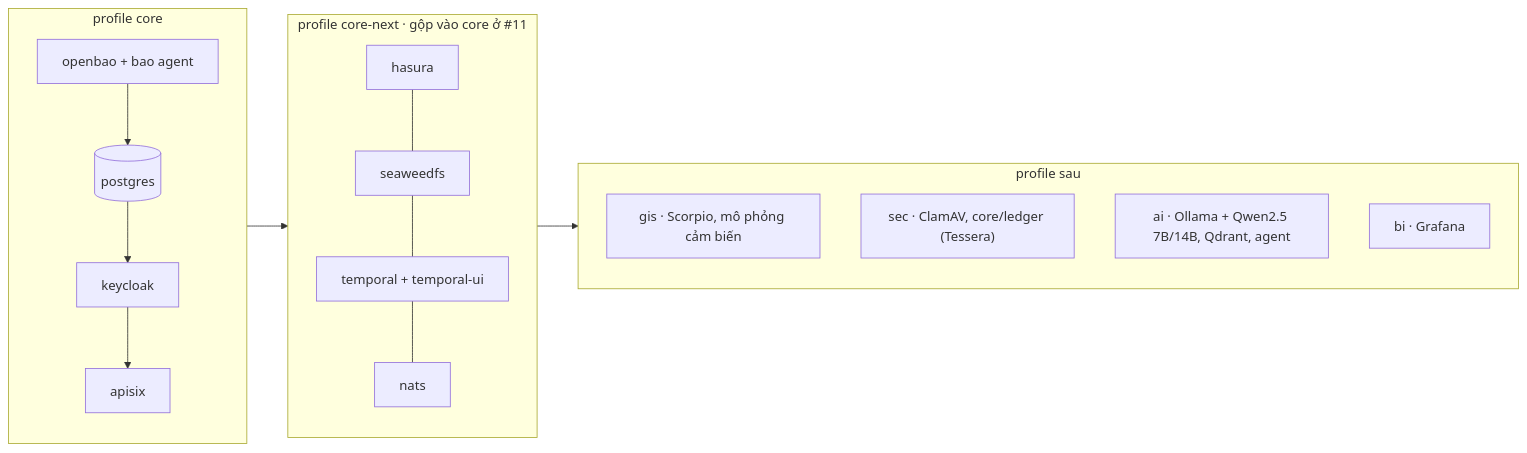
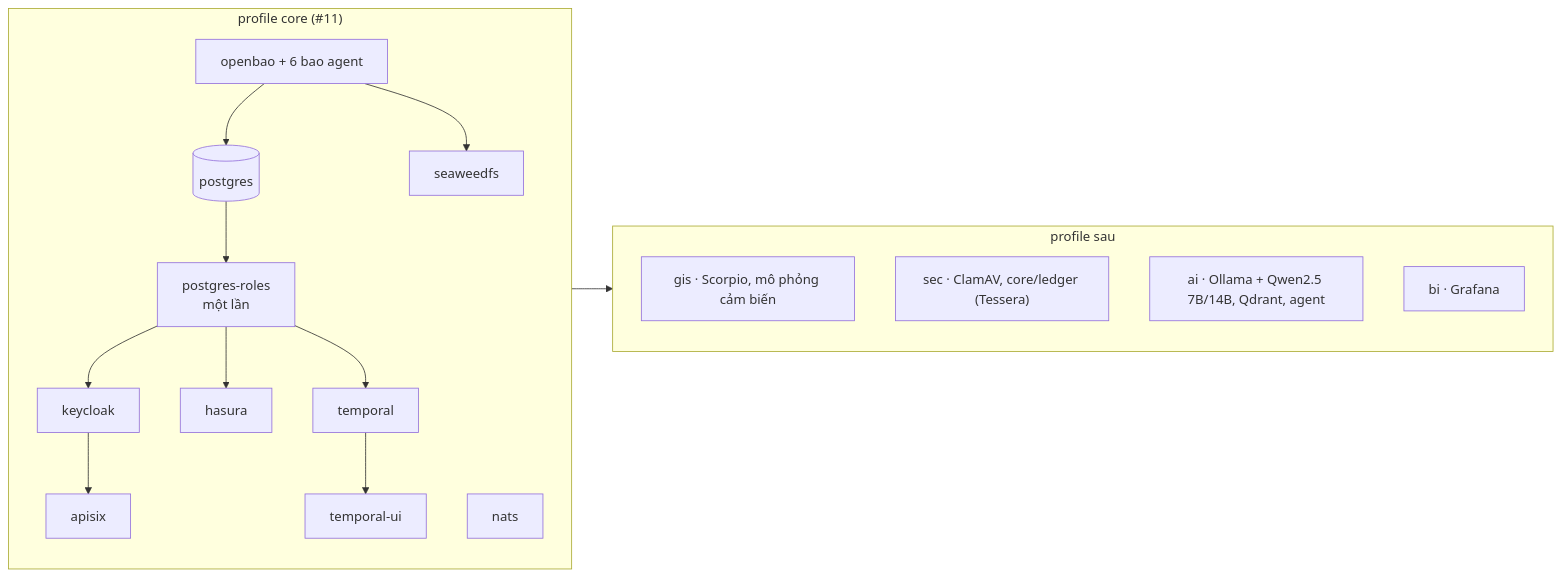
One commit to disaster-dxos/disaster-dxos changed the third of 7 diagrams in docs/architecture.md. Above: the diagram before and after it, drawn with Mermaid. The commit also changed other lines of this file and 22 other files, not shown here.

First line of the commit message:
feat(core): gộp Hasura CE, SeaweedFS, Temporal, NATS vào profile core, bí mật từ OpenBao (#11)

````diff
--- a/docs/architecture.md
+++ b/docs/architecture.md
@@ -167,16 +170,19 @@
 ```mermaid
 flowchart LR
-  subgraph core["profile core"]
-    bao[openbao + bao agent] --> pg[(postgres)] --> kc[keycloak] --> gw[apisix]
-  end
-  subgraph next["profile core-next · gộp vào core ở #11"]
-    hs[hasura] --- sw[seaweedfs] --- tp[temporal + temporal-ui] --- nt[nats]
+  subgraph core["profile core (#11)"]
+    direction TB
+    bao[openbao + 6 bao agent] --> pg[(postgres)] --> roles[postgres-roles<br/>một lần]
+    roles --> kc[keycloak] --> gw[apisix]
+    roles --> hs[hasura]
+    roles --> tp[temporal] --> tui[temporal-ui]
+    bao --> sw[seaweedfs]
+    nt[nats]
   end
   subgraph later["profile sau"]
     gis["gis · Scorpio, mô phỏng cảm biến"]
     sec["sec · ClamAV, core/ledger (Tessera)"]
     ai["ai · Ollama + Qwen2.5 7B/14B, Qdrant, agent"]
     bi["bi · Grafana"]
   end
-  core --> next --> later
+  core --> later
 ```
````
